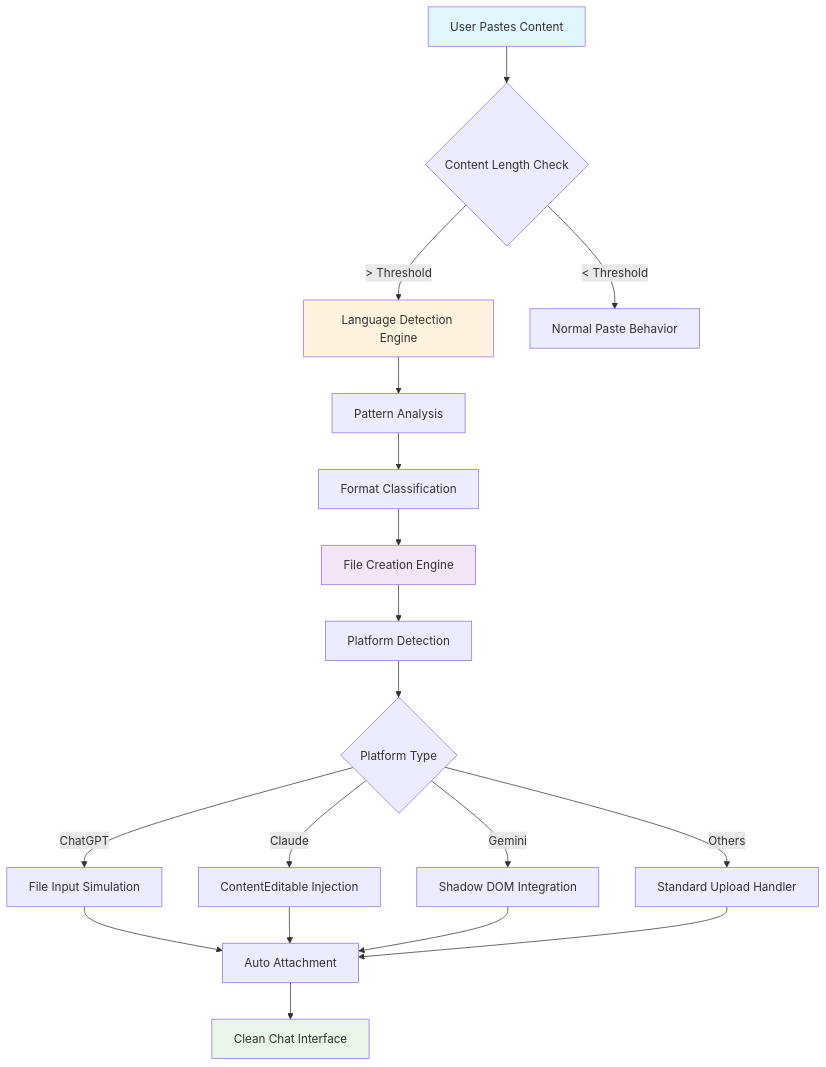
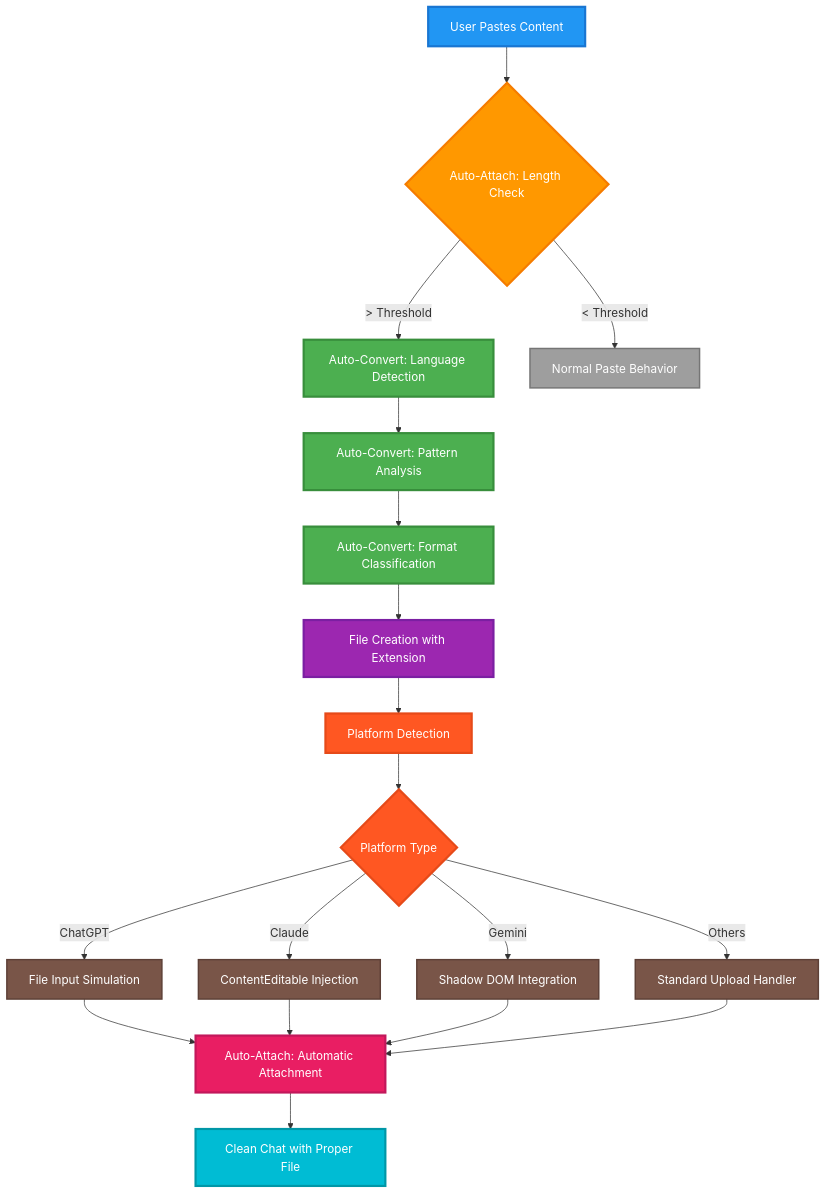
One commit to JosephMatino/MultiAiFilePaster changed the diagram in CONTRIBUTING.md. Above: the diagram before and after it, drawn with Mermaid. The commit also changed other lines of this file and 67 other files, not shown here.

````diff
--- a/CONTRIBUTING.md
+++ b/CONTRIBUTING.md
@@ -46,30 +46,41 @@
 ```mermaid
 graph TD
-    A[User Pastes Content] --> B{Content Length Check}
-    B -->|> Threshold| C[Language Detection Engine]
+    A[User Pastes Content] --> B{Auto-Attach: Length Check}
+    B -->|> Threshold| C[Auto-Convert: Language Detection]
     B -->|< Threshold| D[Normal Paste Behavior]
-    
-    C --> E[Pattern Analysis]
-    E --> F[Format Classification]
-    F --> G[File Creation Engine]
-    
+
+    C --> E[Auto-Convert: Pattern Analysis]
+    E --> F[Auto-Convert: Format Classification]
+    F --> G[File Creation with Extension]
+
     G --> H[Platform Detection]
     H --> I{Platform Type}
-    
+
     I -->|ChatGPT| J[File Input Simulation]
     I -->|Claude| K[ContentEditable Injection]
     I -->|Gemini| L[Shadow DOM Integration]
     I -->|Others| M[Standard Upload Handler]
-    
-    J --> N[Auto Attachment]
+
+    J --> N[Auto-Attach: Automatic Attachment]
     K --> N
     L --> N
     M --> N
-    
-    N --> O[Clean Chat Interface]
-    
-    style A fill:#e1f5fe
-    style C fill:#fff3e0
-    style G fill:#f3e5f5
-    style O fill:#e8f5e8
+
+    N --> O[Clean Chat with Proper File]
+
+    style A fill:#2196F3,stroke:#1976D2,stroke-width:3px,color:#fff
+    style B fill:#FF9800,stroke:#F57C00,stroke-width:3px,color:#fff
+    style C fill:#4CAF50,stroke:#388E3C,stroke-width:3px,color:#fff
+    style D fill:#9E9E9E,stroke:#757575,stroke-width:2px,color:#fff
+    style E fill:#4CAF50,stroke:#388E3C,stroke-width:3px,color:#fff
+    style F fill:#4CAF50,stroke:#388E3C,stroke-width:3px,color:#fff
+    style G fill:#9C27B0,stroke:#7B1FA2,stroke-width:3px,color:#fff
+    style H fill:#FF5722,stroke:#E64A19,stroke-width:3px,color:#fff
+    style I fill:#FF5722,stroke:#E64A19,stroke-width:3px,color:#fff
+    style J fill:#795548,stroke:#5D4037,stroke-width:2px,color:#fff
+    style K fill:#795548,stroke:#5D4037,stroke-width:2px,color:#fff
+    style L fill:#795548,stroke:#5D4037,stroke-width:2px,color:#fff
+    style M fill:#795548,stroke:#5D4037,stroke-width:2px,color:#fff
+    style N fill:#E91E63,stroke:#C2185B,stroke-width:3px,color:#fff
+    style O fill:#00BCD4,stroke:#0097A7,stroke-width:3px,color:#fff
 ```
````
